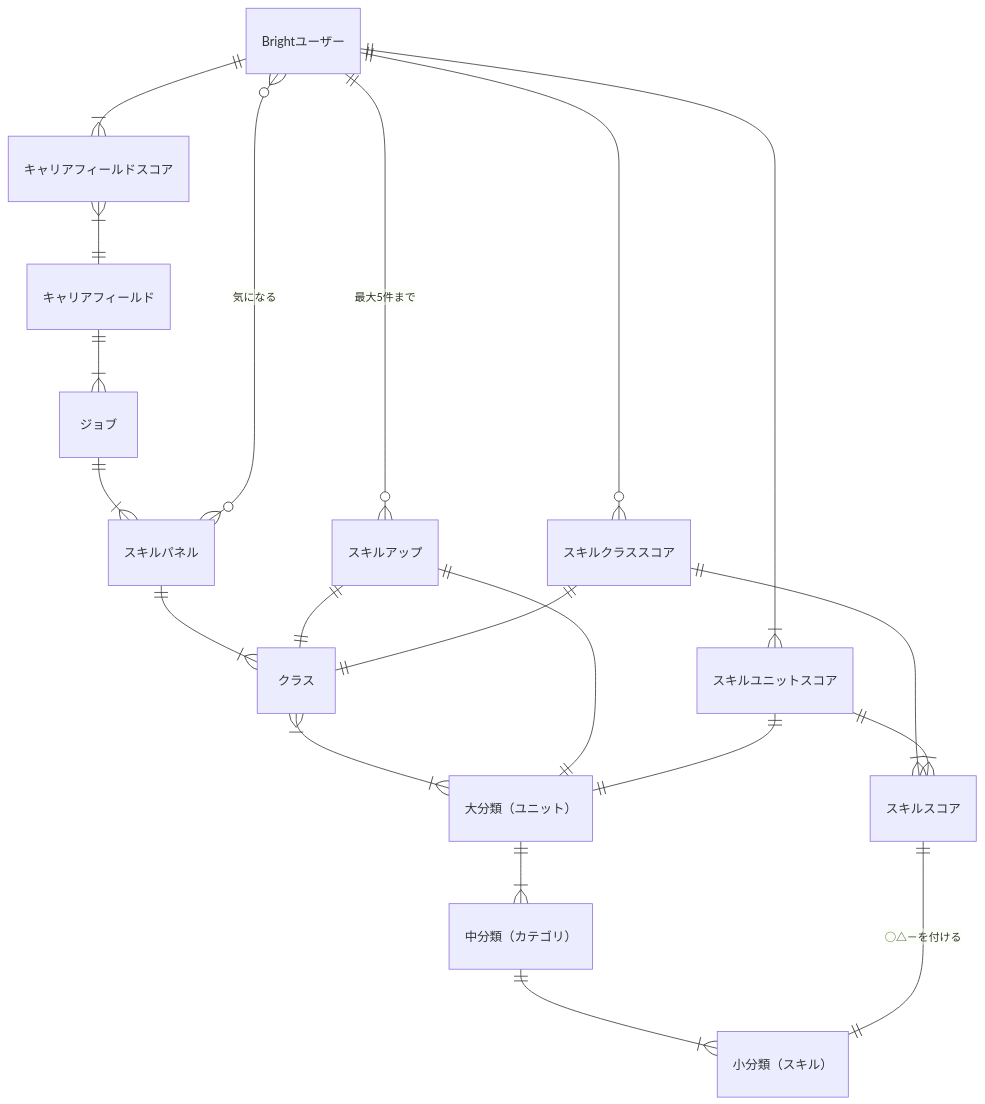
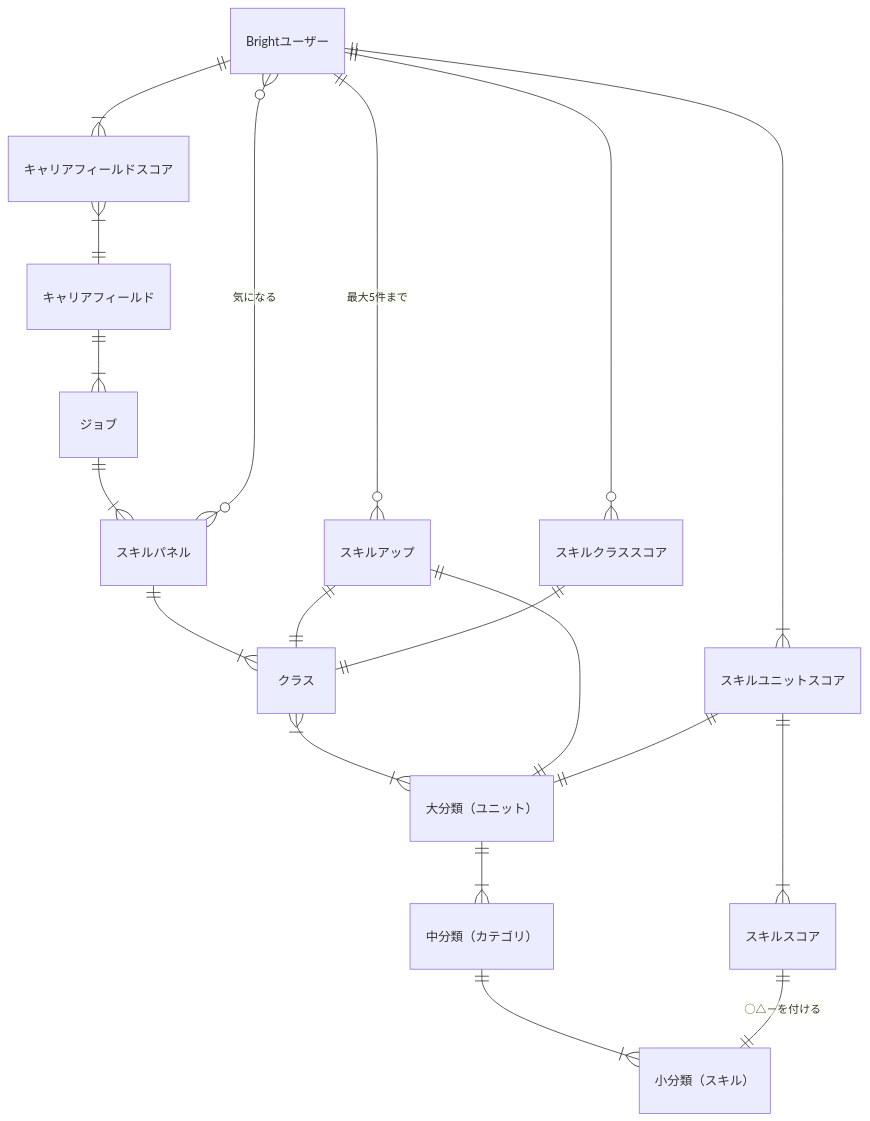
The first of 2 diagrams in docs/conceptual_schemas/skills.md (bright-org/bright), drawn with Mermaid before and after one commit. The commit also changed other lines of this file, not shown here.

````diff
--- a/docs/conceptual_schemas/skills.md
+++ b/docs/conceptual_schemas/skills.md
@@ -19,22 +19,21 @@
 ```mermaid
 erDiagram
   "キャリアフィールド" ||--|{ "ジョブ" : ""
   "ジョブ" ||--|{ "スキルパネル" : ""
   "スキルパネル" ||--|{ "クラス" : ""
   "クラス" }|--|{ "大分類（ユニット）" : ""
   "大分類（ユニット）" ||--|{ "中分類（カテゴリ）" : ""
   "中分類（カテゴリ）" ||--|{ "小分類（スキル）" : ""
   "Brightユーザー" }o--o{ "スキルパネル" : "気になる"
   "Brightユーザー" ||--o{ "スキルアップ" : "最大5件まで"
   "Brightユーザー" ||--o{ "スキルクラススコア" : ""
   "Brightユーザー" ||--|{ "キャリアフィールドスコア" : ""
   "Brightユーザー" ||--|{ "スキルユニットスコア" : ""
   "キャリアフィールドスコア" }|--|| "キャリアフィールド" : ""
   "スキルアップ" ||--|| "クラス" : ""
   "スキルアップ" ||--|| "大分類（ユニット）" : ""
   "スキルクラススコア" ||--|| "クラス" : ""
-  "スキルクラススコア" ||--|{ "スキルスコア" : ""
   "スキルスコア" ||--||  "小分類（スキル）" : "◯△－を付ける"
   "スキルユニットスコア" ||--|| "大分類（ユニット）" : ""
   "スキルユニットスコア" ||--|{ "スキルスコア" : ""
 ```
````
